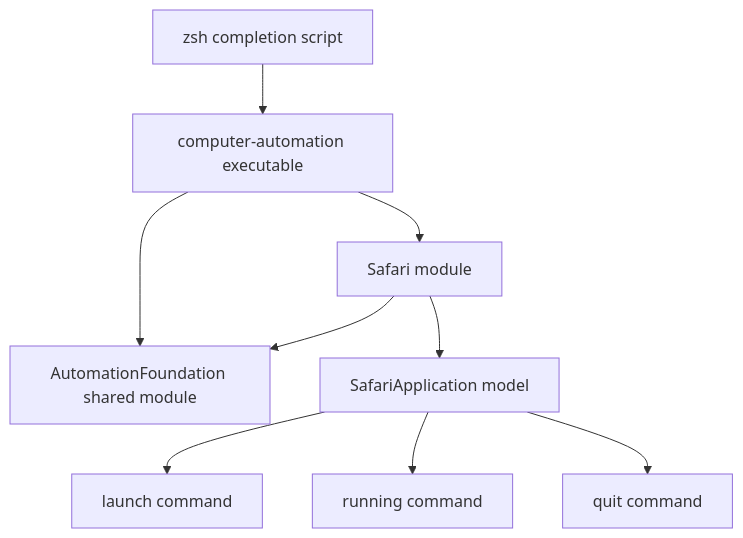
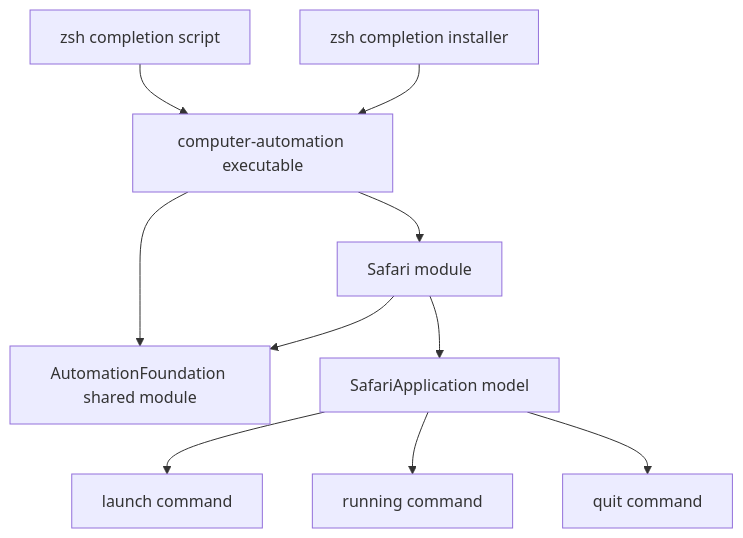
Before and after one commit to Glutexo/computer-automation: the diagram in docs/architecture.md, drawn with Mermaid. The commit also changed other lines of this file and 8 other files, not shown here.

Commit message:
feat: add zsh completion installer

````diff
--- a/docs/architecture.md
+++ b/docs/architecture.md
@@ -5,20 +5,22 @@
 ```mermaid
 flowchart TD
     App["computer-automation executable"]
     Foundation["AutomationFoundation shared module"]
     Zsh["zsh completion script"]
+    ZshInstaller["zsh completion installer"]
     Safari["Safari module"]
     SafariApplication["SafariApplication model"]
     Launch["launch command"]
     Running["running command"]
     Quit["quit command"]
 
     App --> Foundation
     Zsh --> App
+    ZshInstaller --> App
     App --> Safari
     Safari --> Foundation
     Safari --> SafariApplication
     SafariApplication --> Launch
     SafariApplication --> Running
     SafariApplication --> Quit
 ```
````
